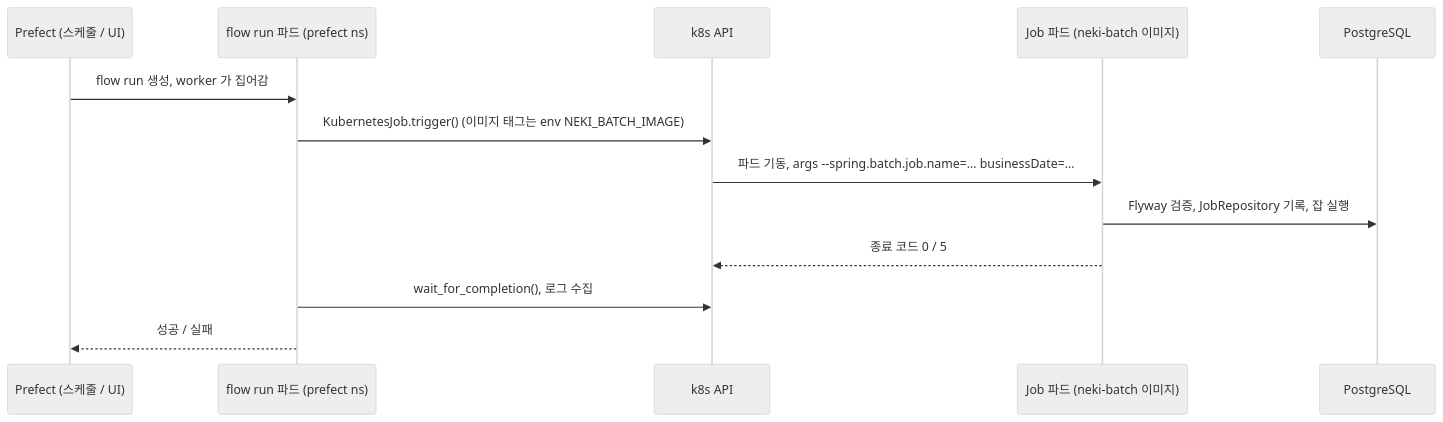
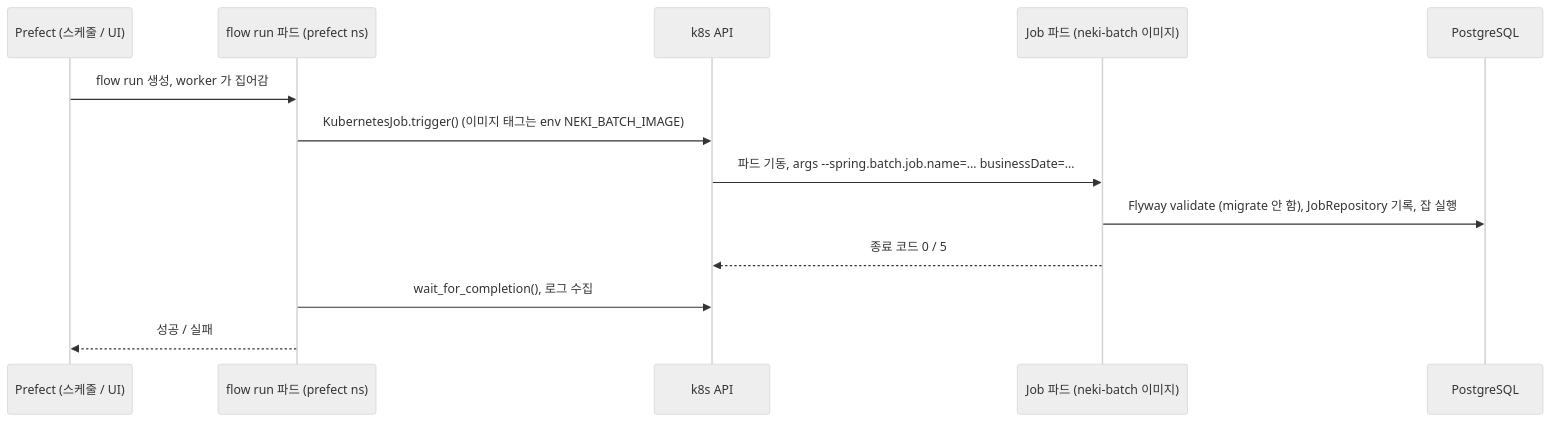
The diagram in docs/superpowers/specs/2026-09-23-batch-module-design.md (Team-Neki/Team-Neki-Server), drawn with Mermaid (neutral theme) before and after one commit. The commit also changed other lines of this file and 7 other files, not shown here.

First line of the commit message:
fix/BACKEND-128 리뷰 반영: batch 는 Flyway validate 만 하고 재실행 의미를 정정

````diff
--- a/docs/superpowers/specs/2026-09-23-batch-module-design.md
+++ b/docs/superpowers/specs/2026-09-23-batch-module-design.md
@@ -127,16 +135,16 @@
 ```mermaid
 sequenceDiagram
     participant P as Prefect (스케줄 / UI)
     participant F as flow run 파드 (prefect ns)
     participant K as k8s API
     participant J as Job 파드 (neki-batch 이미지)
     participant DB as PostgreSQL
 
     P->>F: flow run 생성, worker 가 집어감
     F->>K: KubernetesJob.trigger() (이미지 태그는 env NEKI_BATCH_IMAGE)
     K->>J: 파드 기동, args --spring.batch.job.name=… businessDate=…
-    J->>DB: Flyway 검증, JobRepository 기록, 잡 실행
+    J->>DB: Flyway validate (migrate 안 함), JobRepository 기록, 잡 실행
     J-->>K: 종료 코드 0 / 5
     F->>K: wait_for_completion(), 로그 수집
     F-->>P: 성공 / 실패
 ```
````
